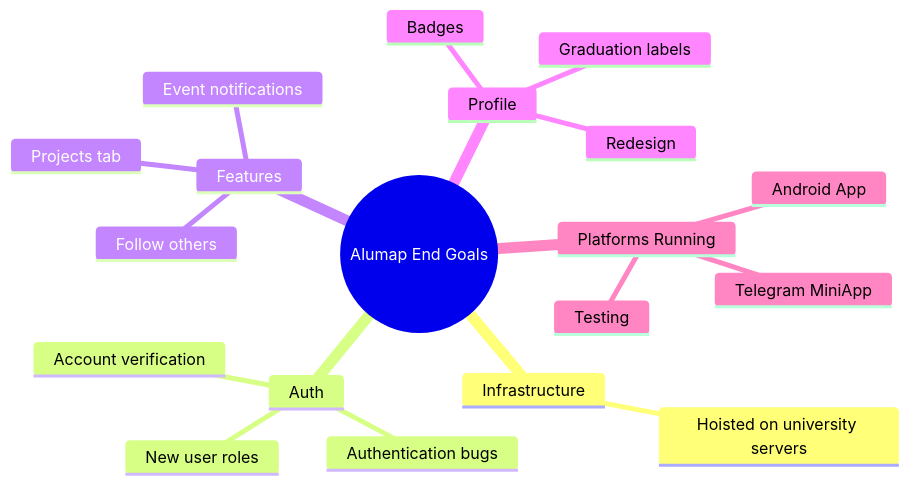
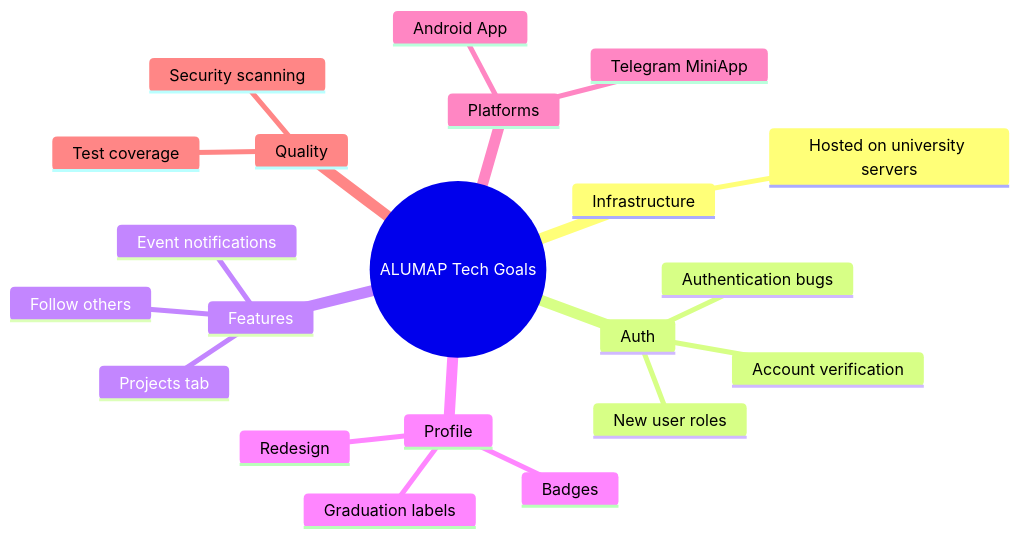
One commit to iu-alumni/docs changed the diagram in src/requirements/project-goals.md. Above: the diagram before and after it, drawn with Mermaid.

Commit message:
Update goals diagram (#87)

````diff
--- a/src/requirements/project-goals.md
+++ b/src/requirements/project-goals.md
@@ -7,22 +7,24 @@
 ```mermaid
 mindmap
-  root((Alumap End Goals))
+  root((ALUMAP Tech Goals))
     Infrastructure
-      Hoisted on university servers
+      Hosted on university servers
     Auth
       Authentication bugs
       New user roles
       Account verification
     Features
       Projects tab
       Event notifications
       Follow others
     Profile
       Redesign
       Badges
       Graduation labels
-    Platforms Running
+    Platforms
       Android App
       Telegram MiniApp
-      Testing
+    Quality
+      Test coverage
+      Security scanning
 ```
````
